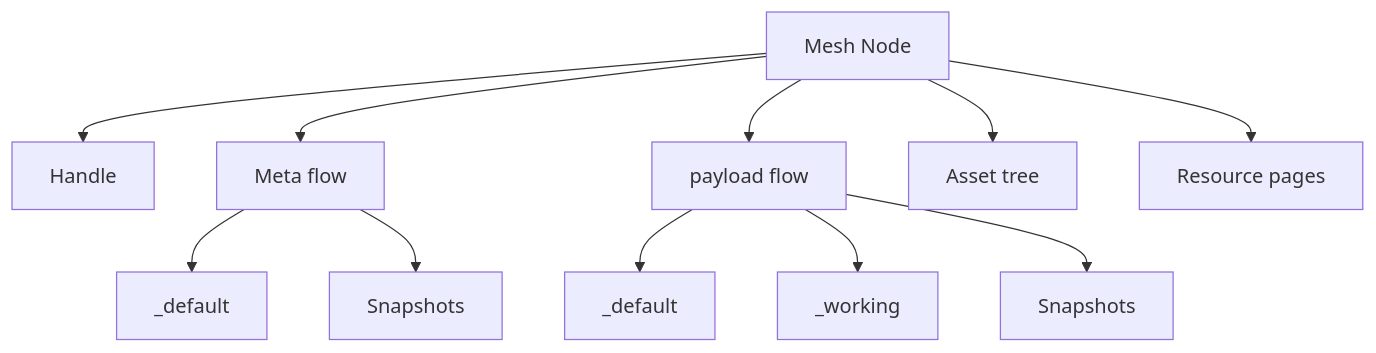
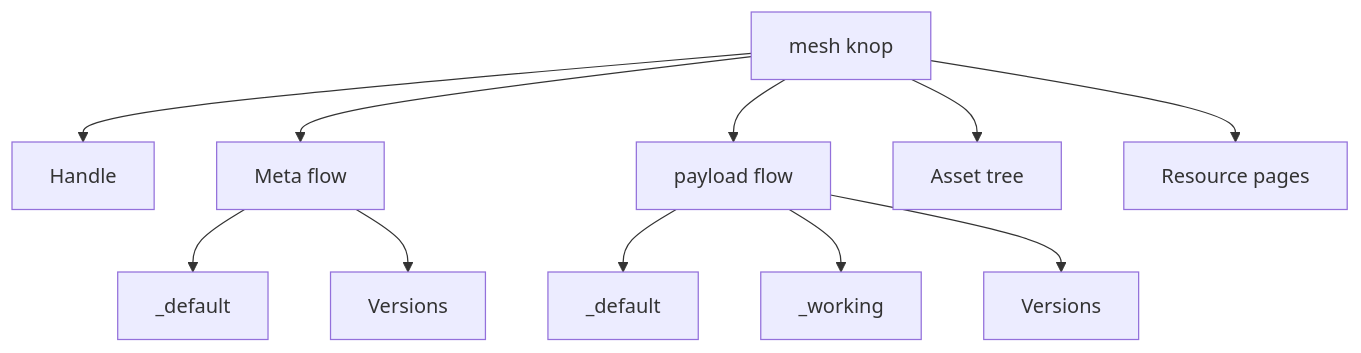
One commit to semantic-flow/sflo changed the diagram in documentation/concept.summary.md. Above: the diagram before and after it, drawn with Mermaid. The commit also changed other lines of this file and 177 other files, not shown here.

Commit message:
fix: changed "Node" to "Knop"; changed "Shot" to "Slice"; changed Snapshot to Version

````diff
--- a/documentation/concept.summary.md
+++ b/documentation/concept.summary.md
@@ -197,14 +199,14 @@
 ```mermaid
 graph TD
-  A[Mesh Node] --> B[Handle]
+  A[mesh knop] --> B[Handle]
   A --> C[Meta flow]
   A --> E[payload flow]
   A --> G[Asset tree]
   A --> H[Resource pages]
 
   C --> C1[_default]
-  C --> C2[Snapshots]
+  C --> C2[Versions]
   E --> E1[_default]
   E --> E2[_working]
-  E --> E3[Snapshots]
+  E --> E3[Versions]
 ```
````
